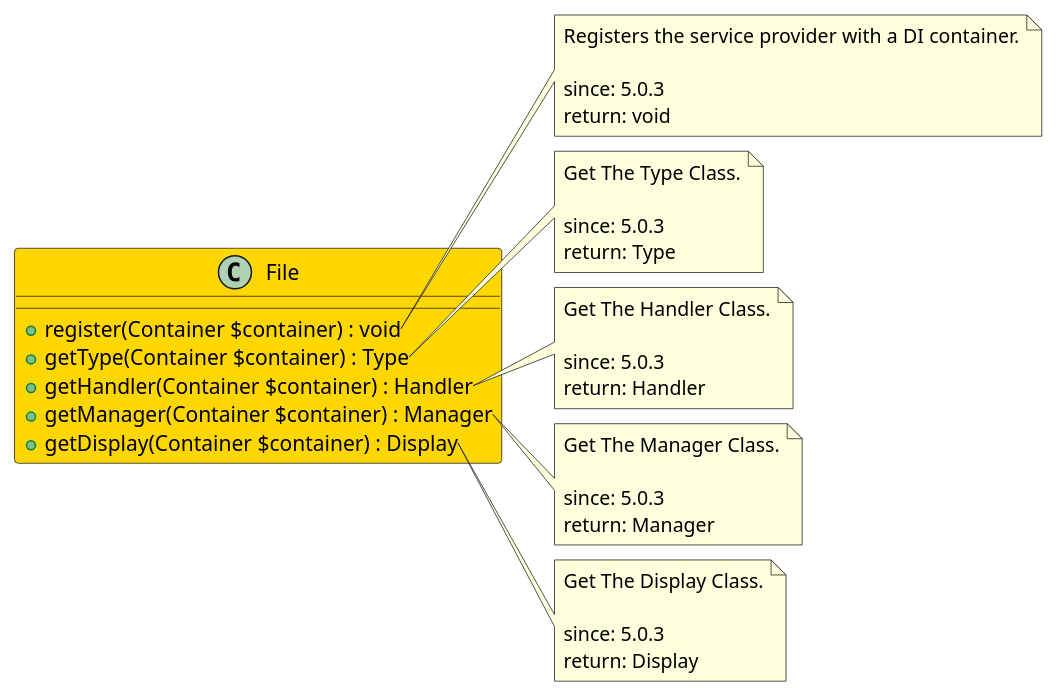
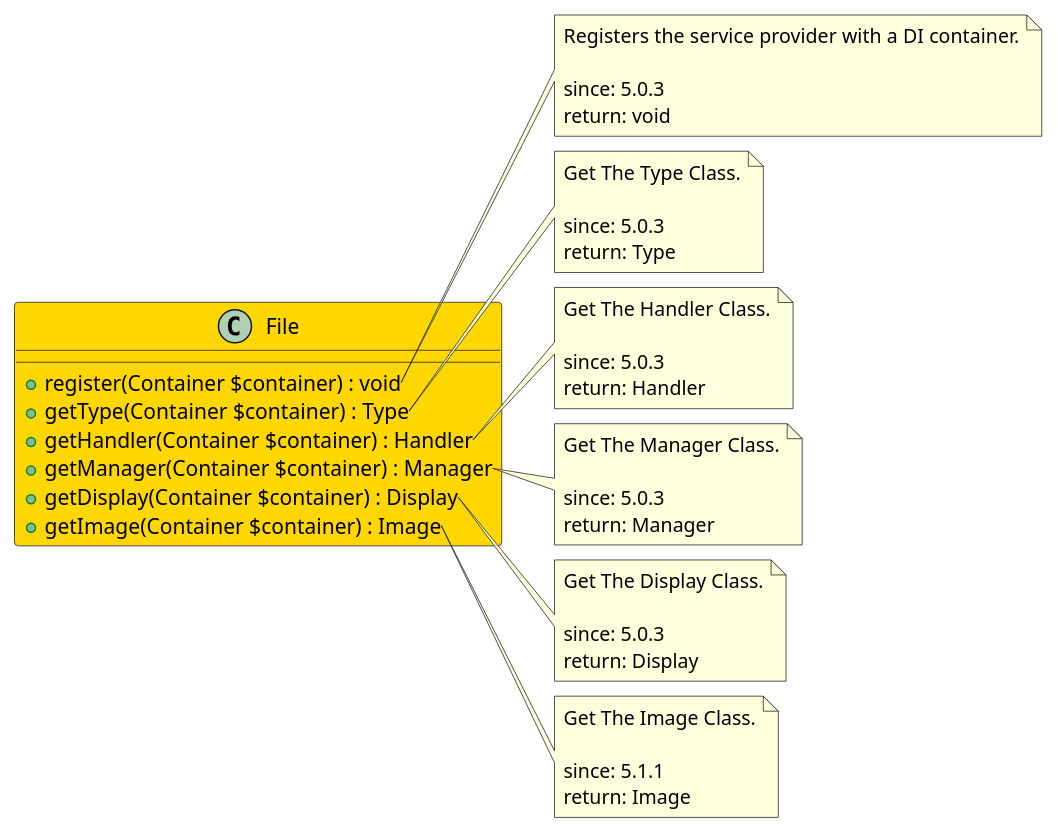
One commit to joomengine/super-powers changed the diagram in src/202ccd9e-dfcf-4cde-a0ce-bde1fd27f088/README.md. Above: the diagram before and after it, drawn with PlantUML. The commit also changed other lines of this file and 238 other files, not shown here.

````diff
--- a/src/202ccd9e-dfcf-4cde-a0ce-bde1fd27f088/README.md
+++ b/src/202ccd9e-dfcf-4cde-a0ce-bde1fd27f088/README.md
@@ -12,47 +5,56 @@
 ```uml
 @startuml
+
 class File  #Gold {
   + register(Container $container) : void
   + getType(Container $container) : Type
   + getHandler(Container $container) : Handler
   + getManager(Container $container) : Manager
   + getDisplay(Container $container) : Display
+  + getImage(Container $container) : Image
 }
 
 note right of File::register
   Registers the service provider with a DI container.
 
   since: 5.0.3
   return: void
 end note
 
 note right of File::getType
   Get The Type Class.
 
   since: 5.0.3
   return: Type
 end note
 
 note right of File::getHandler
   Get The Handler Class.
 
   since: 5.0.3
   return: Handler
 end note
 
 note right of File::getManager
   Get The Manager Class.
 
   since: 5.0.3
   return: Manager
 end note
 
 note right of File::getDisplay
   Get The Display Class.
 
   since: 5.0.3
   return: Display
 end note
- 
+
+note right of File::getImage
+  Get The Image Class.
+
+  since: 5.1.1
+  return: Image
+end note
+
 @enduml
 ```
````
